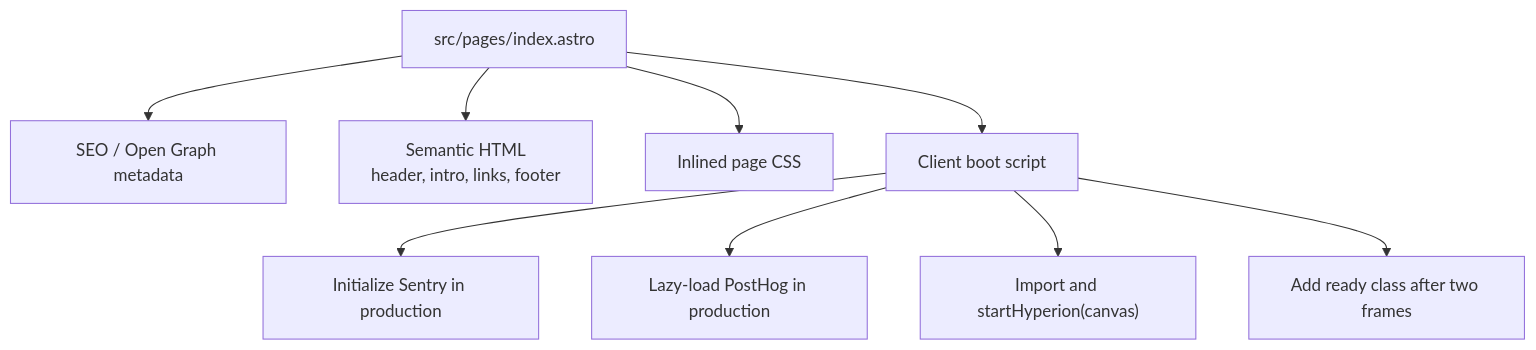
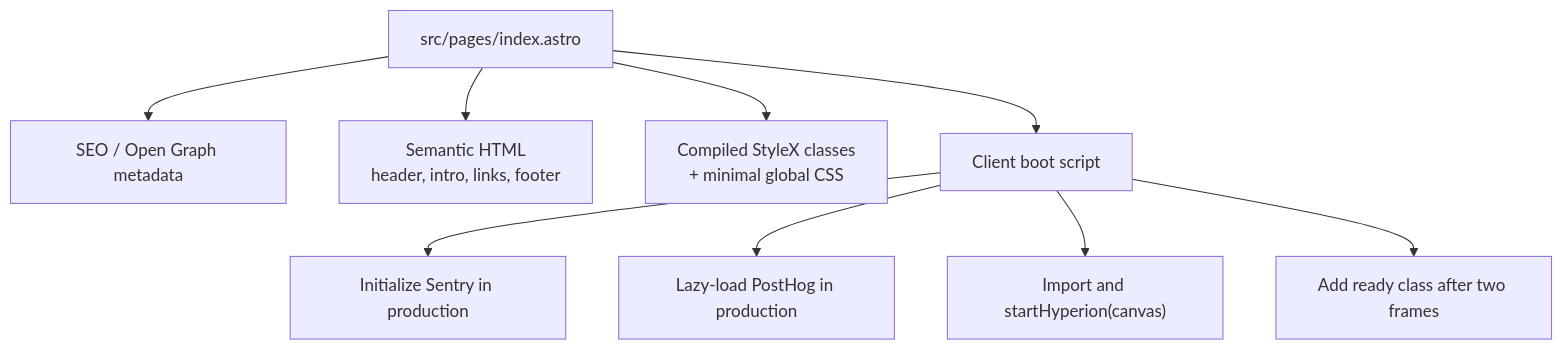
Before and after one commit to krmznkr/me: the second of 4 diagrams in docs/architecture.md, drawn with Mermaid. The commit also changed other lines of this file and 8 other files, not shown here.

````diff
--- a/docs/architecture.md
+++ b/docs/architecture.md
@@ -40,21 +40,21 @@
 ```mermaid
 flowchart TD
   page["src/pages/index.astro"]
   metadata["SEO / Open Graph metadata"]
   content["Semantic HTML<br/>header, intro, links, footer"]
-  styles["Inlined page CSS"]
+  styles["Compiled StyleX classes<br/>+ minimal global CSS"]
   boot["Client boot script"]
   sentry["Initialize Sentry in production"]
   posthog["Lazy-load PostHog in production"]
   canvas["Import and startHyperion(canvas)"]
   reveal["Add ready class after two frames"]
 
   page --> metadata
   page --> content
   page --> styles
   page --> boot
   boot --> sentry
   boot --> posthog
   boot --> canvas
   boot --> reveal
 ```
````
